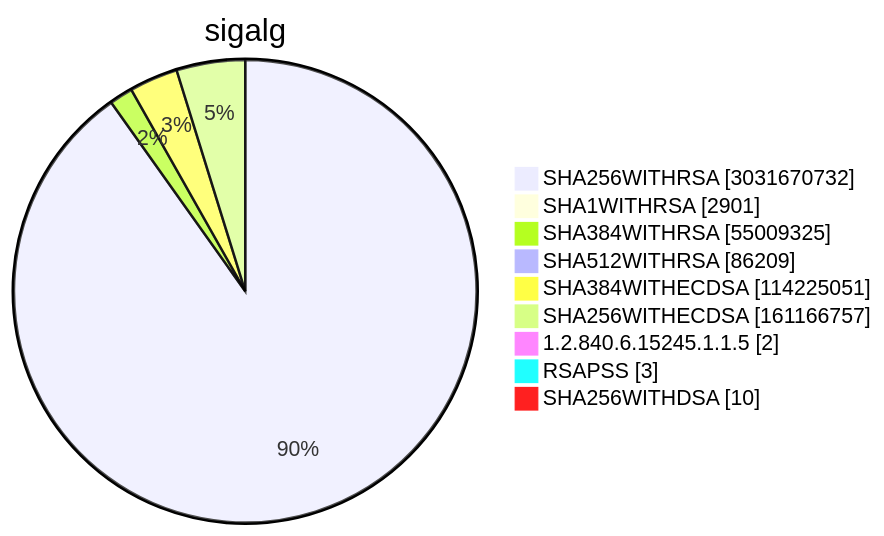
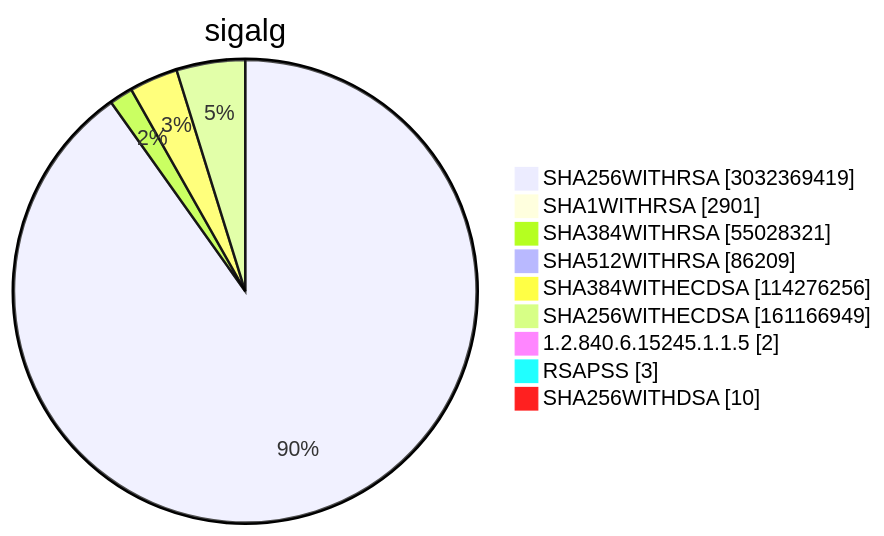
Diagram 15 of 15 in TOTAL/README.md (christiankrug/ctmonitor_visualization), drawn with Mermaid before and after one commit. The commit also changed other lines of this file, not shown here.

````diff
--- a/TOTAL/README.md
+++ b/TOTAL/README.md
@@ -6208,13 +6208,13 @@
 ```mermaid
 pie showData
 title sigalg
-"SHA256WITHRSA" :3031670732
+"SHA256WITHRSA" :3032369419
 "SHA1WITHRSA" :2901
-"SHA384WITHRSA" :55009325
+"SHA384WITHRSA" :55028321
 "SHA512WITHRSA" :86209
-"SHA384WITHECDSA" :114225051
-"SHA256WITHECDSA" :161166757
+"SHA384WITHECDSA" :114276256
+"SHA256WITHECDSA" :161166949
 "1.2.840.6.15245.1.1.5" :2
 "RSAPSS" :3
 "SHA256WITHDSA" :10
 ```
````
